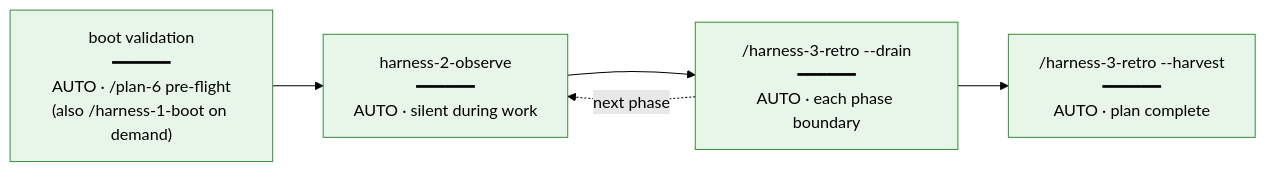
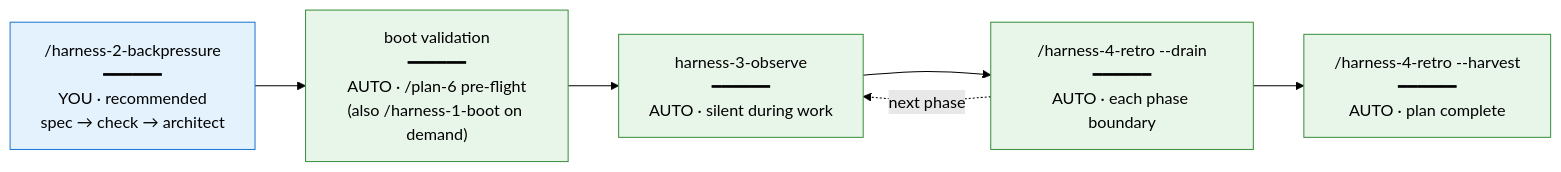
Before and after one commit to jakkaj/tools: the second of 3 diagrams in skills/SDD/the-flow/references/getting-started.md, drawn with Mermaid (forest theme). The commit also changed other lines of this file and 27 other files, not shown here.

````diff
--- a/skills/SDD/the-flow/references/getting-started.md
+++ b/skills/SDD/the-flow/references/getting-started.md
@@ -98,13 +102,14 @@
 ```mermaid
 flowchart LR
     classDef manual fill:#e3f2fd,stroke:#1976d2,color:#000
     classDef auto fill:#e8f5e9,stroke:#388e3c,color:#000
 
+    BP["/harness-2-backpressure<br/>━━━━━━<br/>YOU · recommended<br/>spec → check → architect"]:::manual
     B["boot validation<br/>━━━━━━<br/>AUTO · /plan-6 pre-flight<br/>(also /harness-1-boot on demand)"]:::auto
-    O["harness-2-observe<br/>━━━━━━<br/>AUTO · silent during work"]:::auto
-    D["/harness-3-retro --drain<br/>━━━━━━<br/>AUTO · each phase boundary"]:::auto
-    H["/harness-3-retro --harvest<br/>━━━━━━<br/>AUTO · plan complete"]:::auto
+    O["harness-3-observe<br/>━━━━━━<br/>AUTO · silent during work"]:::auto
+    D["/harness-4-retro --drain<br/>━━━━━━<br/>AUTO · each phase boundary"]:::auto
+    H["/harness-4-retro --harvest<br/>━━━━━━<br/>AUTO · plan complete"]:::auto
 
-    B --> O --> D --> H
+    BP --> B --> O --> D --> H
     D -.->|next phase| O
 ```
````
